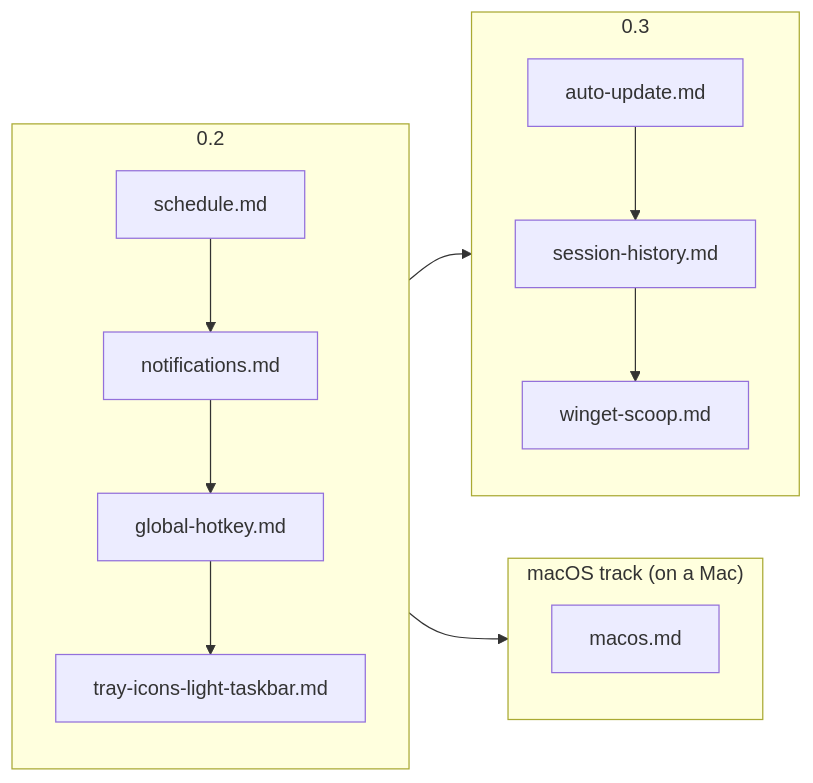
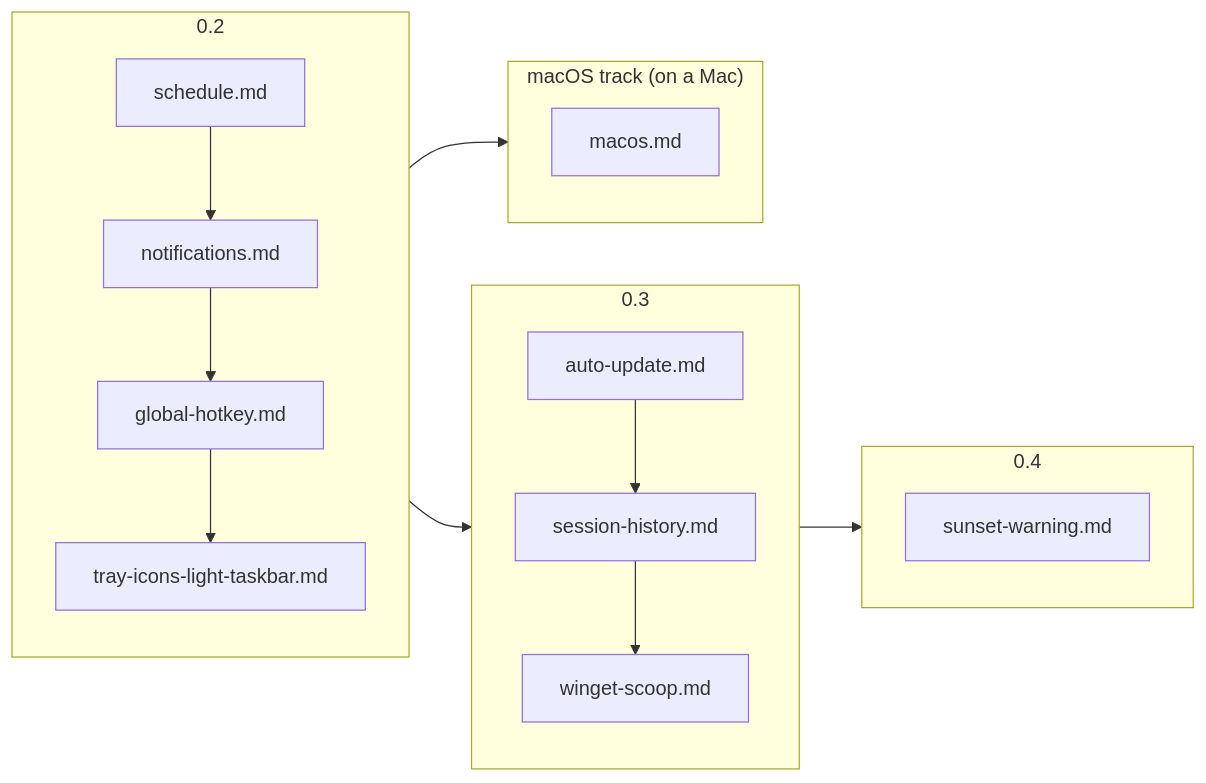
The diagram in docs/specs/README.md (ax5hay/KeepMeAwake), drawn with Mermaid before and after one commit. The commit also changed other lines of this file and 2 other files, not shown here.

Commit message:
docs(specs): sunset warning
The first 0.4 item gets its spec: a few minutes before a timed session
ends (5 by default; off, 2, 5 or 10), a toast, the status line turning
to it, and one action in the window and the tray, Give it another 30m,
which pushes the deadline and re-arms the warning. Timed sessions only,
never for a plan shorter than the warning, one warning per deadline.
The window derives it from the clock it already runs, so the snapshot
gains no field; the engine wakes once more per timed session.

````diff
--- a/docs/specs/README.md
+++ b/docs/specs/README.md
@@ -7,17 +7,22 @@
 ```mermaid
 flowchart LR
     subgraph v02["0.2"]
         direction TB
         s["schedule.md"] --> n["notifications.md"] --> h["global-hotkey.md"] --> t["tray-icons-light-taskbar.md"]
     end
     subgraph v03["0.3"]
         direction TB
         u["auto-update.md"] --> hi["session-history.md"] --> w["winget-scoop.md"]
     end
+    subgraph v04["0.4"]
+        direction TB
+        sw["sunset-warning.md"]
+    end
     subgraph mac["macOS track (on a Mac)"]
         direction TB
         m["macos.md"]
     end
     v02 --> v03
+    v03 --> v04
     v02 --> mac
 ```
````
